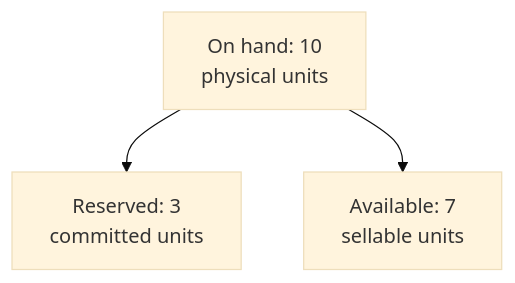
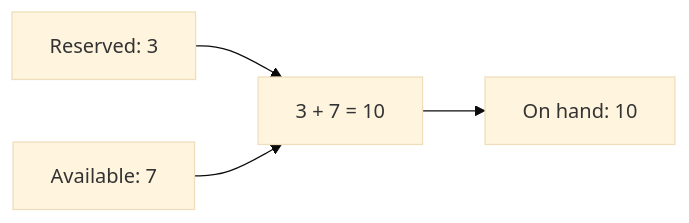
One commit to Garcia-Systems/inventory-sync-lab changed the diagram in diagrams/inventory-state.md. Above: the diagram before and after it, drawn with Mermaid (base theme). The commit also changed other lines of this file and 7 other files, not shown here.

Commit message:
Validate GitHub Mermaid diagrams

````diff
--- a/diagrams/inventory-state.md
+++ b/diagrams/inventory-state.md
@@ -3,8 +3,6 @@
 ```mermaid
-flowchart TD
-    OH["On hand: 10<br/>physical units"]
-    R["Reserved: 3<br/>committed units"]
-    A["Available: 7<br/>sellable units"]
-    OH --> R
-    OH --> A
+flowchart LR
+    R["Reserved: 3"] --> S["3 + 7 = 10"]
+    A["Available: 7"] --> S
+    S --> OH["On hand: 10"]
 ```
````
